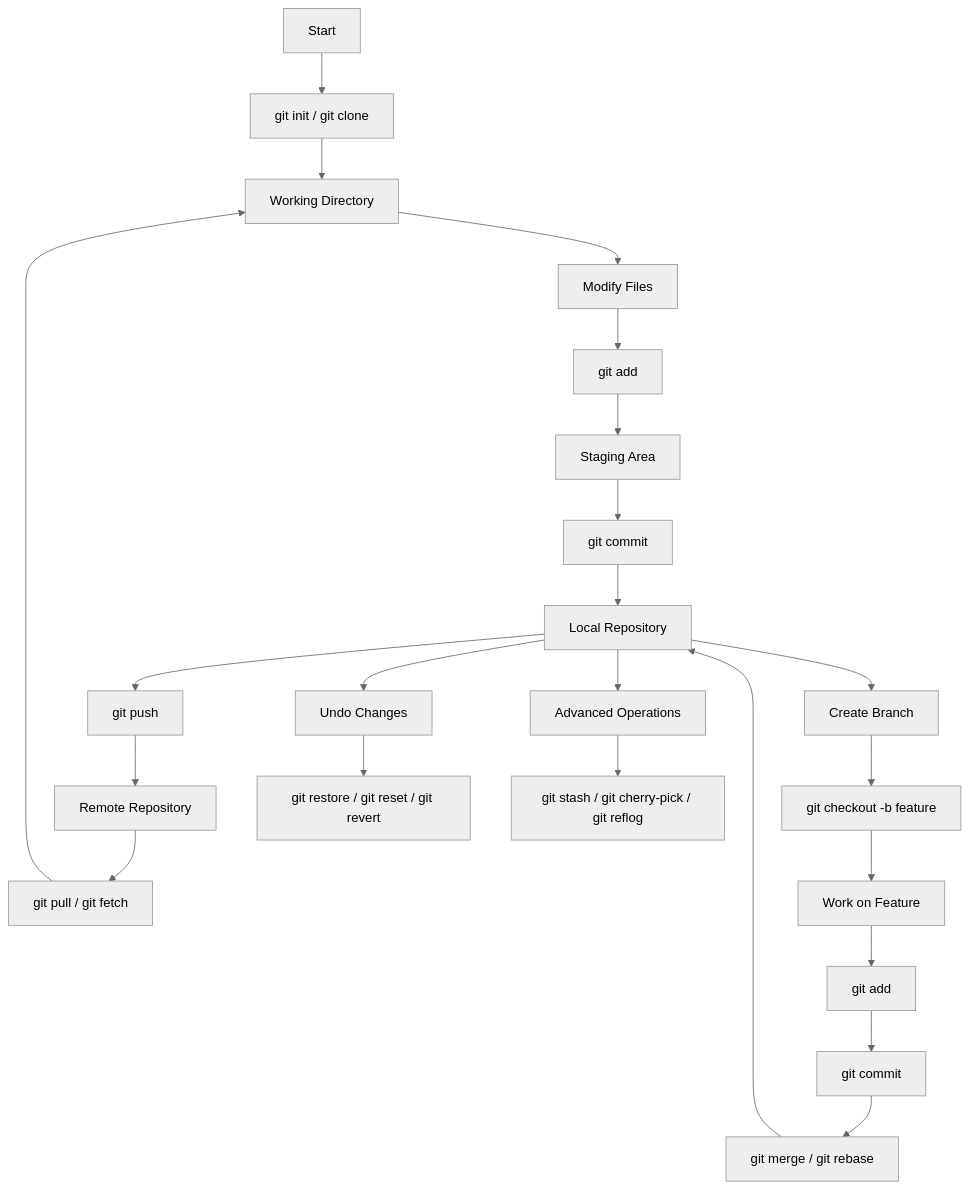
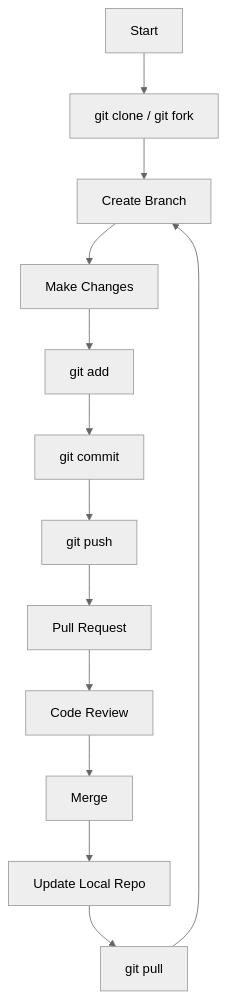
One commit to Majorwhiskey/Git-Commands-Cheatsheet changed the diagram in README.md. Above: the diagram before and after it, drawn with Mermaid (neutral theme). The commit also changed other lines of this file and 3 other files, not shown here.

````diff
--- a/README.md
+++ b/README.md
@@ -41,36 +38,22 @@
 ```mermaid
 flowchart TD
 
-A[Start] --> B[git init / git clone]
+A[Start] --> B[git clone / git fork]
 
-B --> C[Working Directory]
-C --> D[Modify Files]
+B --> C[Create Branch]
+C --> D[Make Changes]
 
 D --> E[git add]
-E --> F[Staging Area]
+E --> F[git commit]
 
-F --> G[git commit]
-G --> H[Local Repository]
+F --> G[git push]
+G --> H[Pull Request]
 
-H --> I[git push]
-I --> J[Remote Repository]
+H --> I[Code Review]
+I --> J[Merge]
 
-J --> K[git pull / git fetch]
-K --> C
+J --> K[Update Local Repo]
+K --> L[git pull]
 
-H --> L[Create Branch]
-L --> M[git checkout -b feature]
-
-M --> N[Work on Feature]
-N --> O[git add]
-O --> P[git commit]
-
-P --> Q[git merge / git rebase]
-Q --> H
-
-H --> R[Undo Changes]
-R --> S[git restore / git reset / git revert]
-
-H --> T[Advanced Operations]
-T --> U[git stash / git cherry-pick / git reflog]
+L --> C
 ```
````
